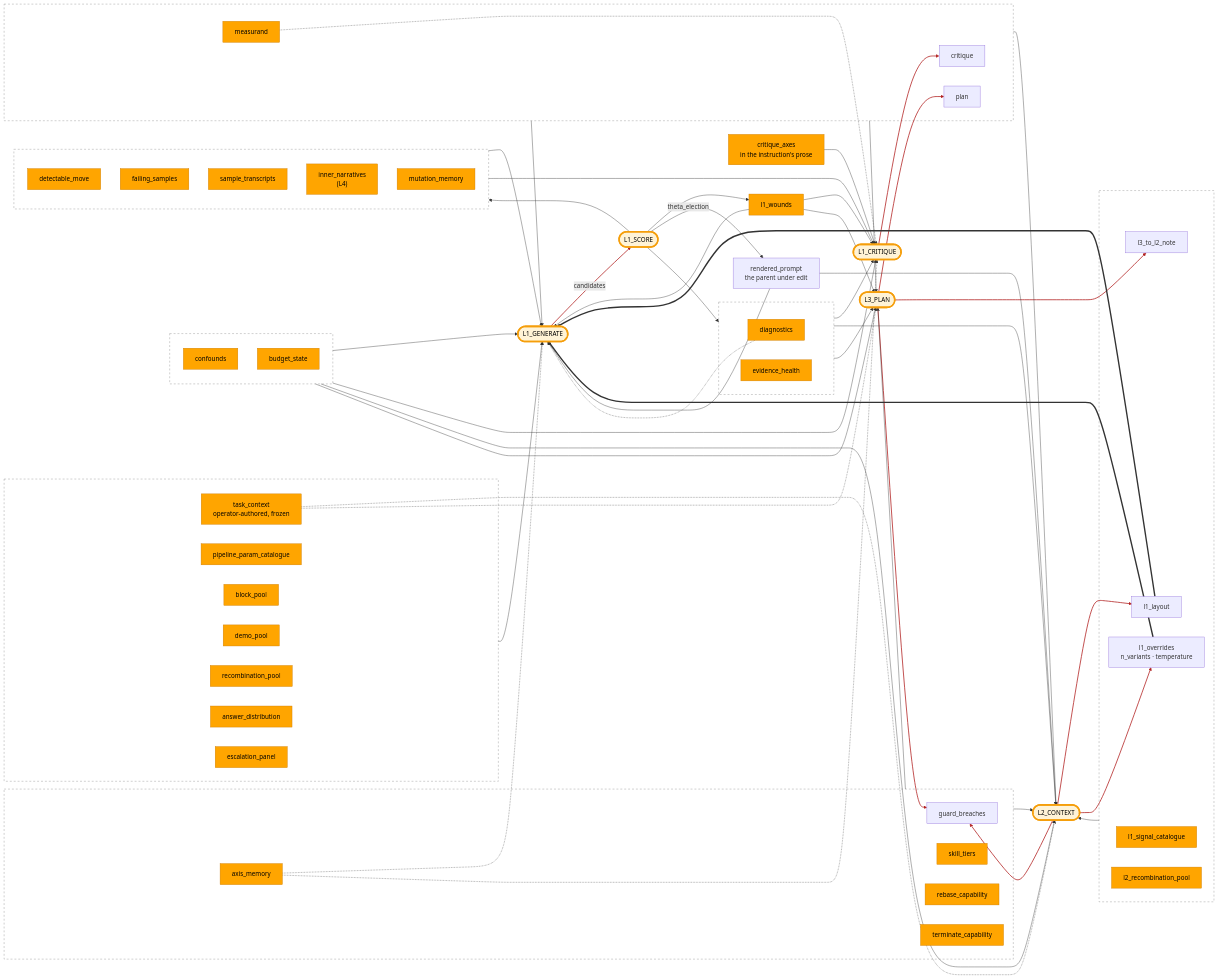
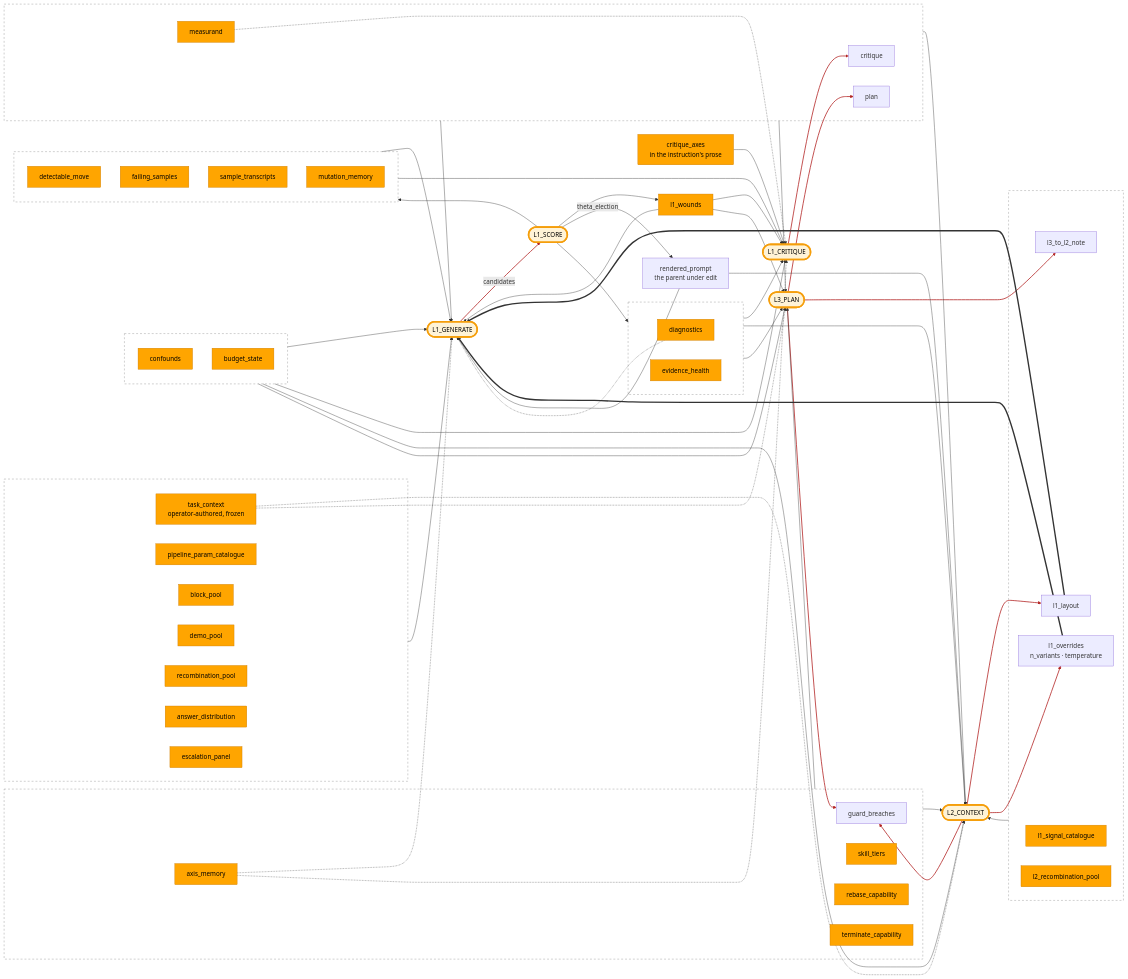
Before and after one commit to PromptPotter/prompt-potter-optimizer: the diagram in docs/concepts/dispatch-hub.md, drawn with Mermaid. The commit also changed other lines of this file and 27 other files, not shown here.

```diff
--- a/docs/concepts/dispatch-hub.md
+++ b/docs/concepts/dispatch-hub.md
@@ -41,7 +41,6 @@
     DM[detectable_move]:::det
     FS[failing_samples]:::det
     ST[sample_transcripts]:::det
-    NAR["inner_narratives<br/>(L4)"]:::det
     MM[mutation_memory]:::det
   end
   subgraph MENUS[" "]
```
